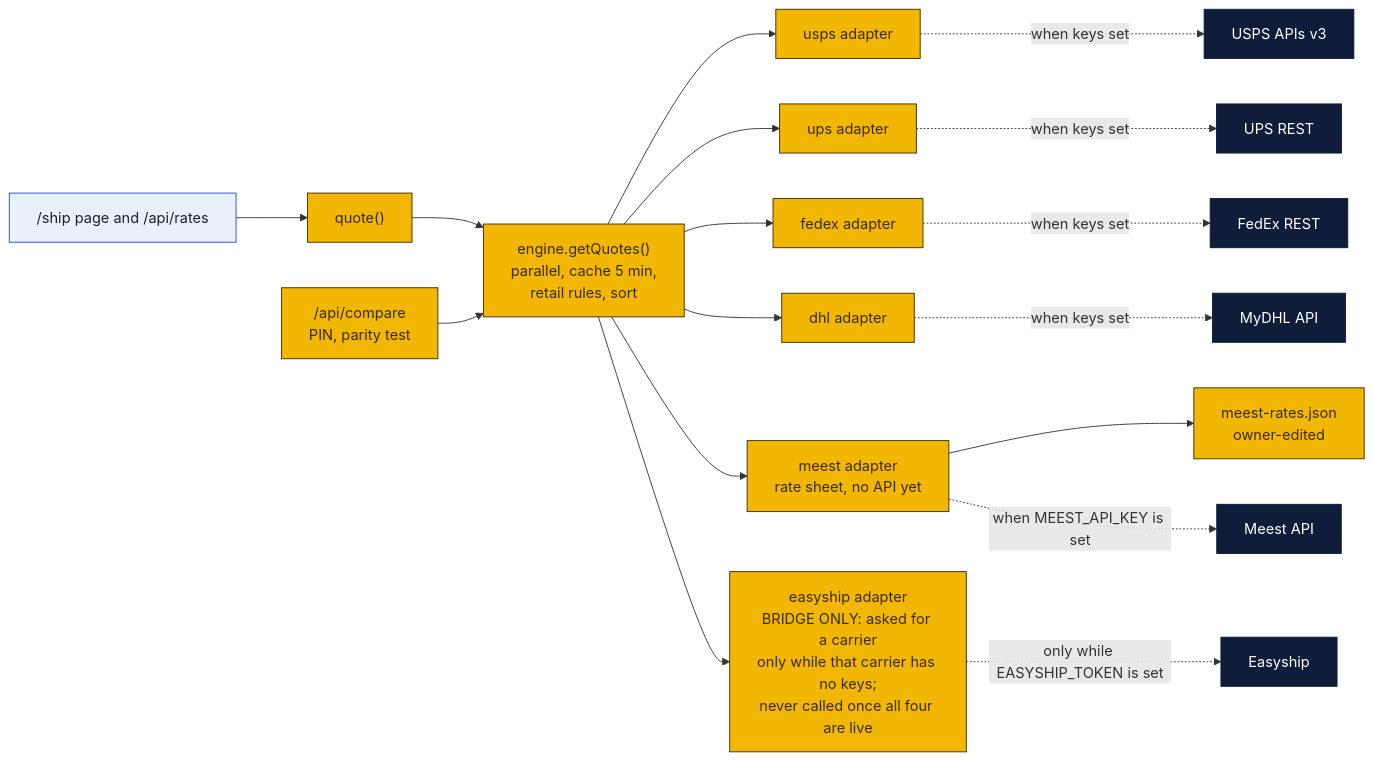
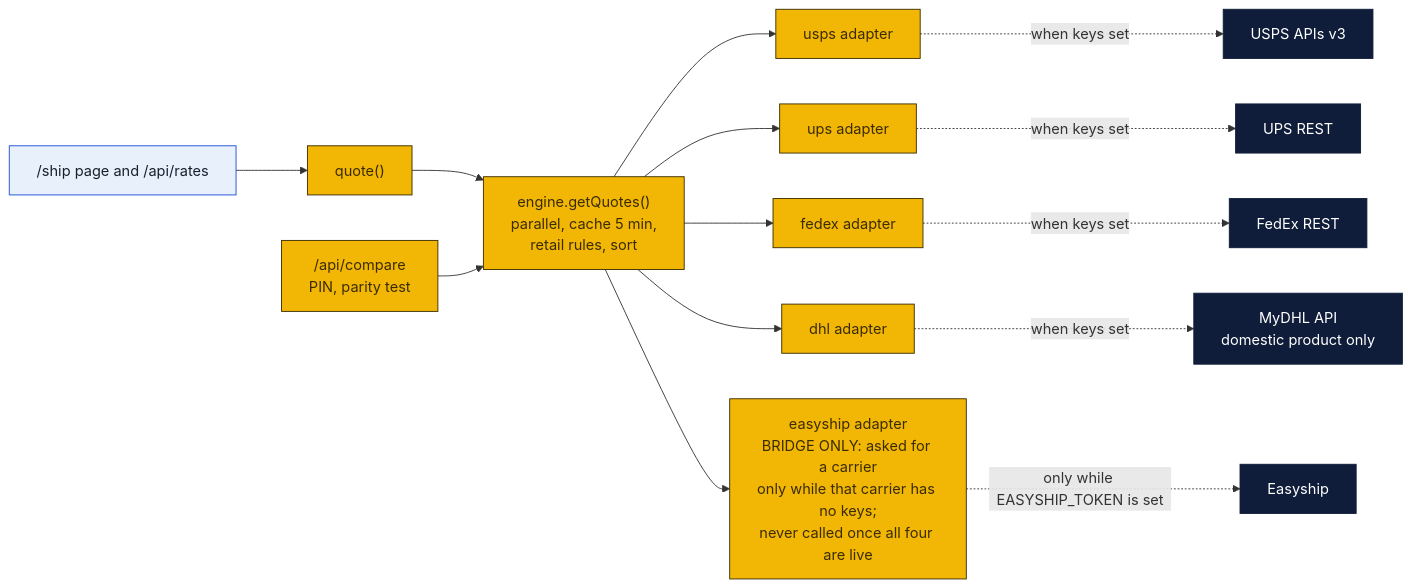
One commit to wbp318/goin-postal-forsythe changed the second of 8 diagrams in shipping-client/README.md. Above: the diagram before and after it, drawn with Mermaid. The commit also changed other lines of this file and 36 other files, not shown here.

First line of the commit message:
PeterShip is domestic only: international and Meest out, DHL for US-to-US only (T43, T42); version 1.92.0

````diff
--- a/shipping-client/README.md
+++ b/shipping-client/README.md
@@ -137,22 +137,19 @@
 ```mermaid
 flowchart LR
   P["/ship page and /api/rates"]:::you --> Q["quote()"]:::local
   Q --> E["engine.getQuotes()<br/>parallel, cache 5 min,<br/>retail rules, sort"]:::local
   E --> U["usps adapter"]:::local
   E --> UP["ups adapter"]:::local
   E --> F["fedex adapter"]:::local
   E --> D["dhl adapter"]:::local
-  E --> M["meest adapter<br/>rate sheet, no API yet"]:::local
   E --> ES["easyship adapter<br/>BRIDGE ONLY: asked for a carrier<br/>only while that carrier has no keys;<br/>never called once all four are live"]:::local
   U -.->|when keys set| UA["USPS APIs v3"]:::cloud
   UP -.->|when keys set| UPA["UPS REST"]:::cloud
   F -.->|when keys set| FA["FedEx REST"]:::cloud
-  D -.->|when keys set| DA["MyDHL API"]:::cloud
-  M --> MR["meest-rates.json<br/>owner-edited"]:::local
-  M -.->|"when MEEST_API_KEY is set"| MA["Meest API"]:::cloud
+  D -.->|when keys set| DA["MyDHL API<br/>domestic product only"]:::cloud
   ES -.->|"only while EASYSHIP_TOKEN is set"| ESA["Easyship"]:::cloud
   C["/api/compare<br/>PIN, parity test"]:::local --> E
   classDef local fill:#f2b705,stroke:#3b2c00,color:#3b2c00
   classDef cloud fill:#0f1d3a,stroke:#0f1d3a,color:#ffffff
   classDef you fill:#e8f1fb,stroke:#1d4ed8,color:#17202d
 ```
````
